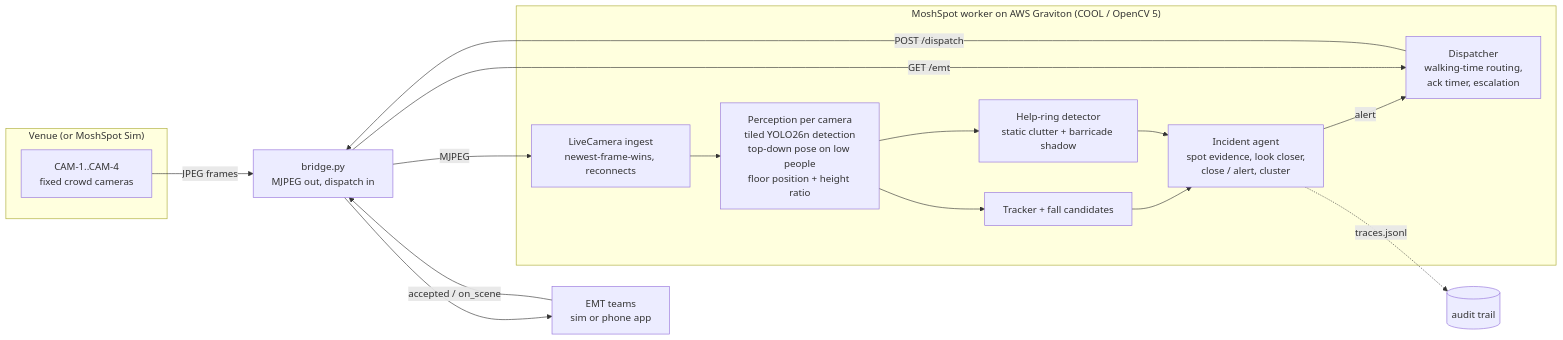
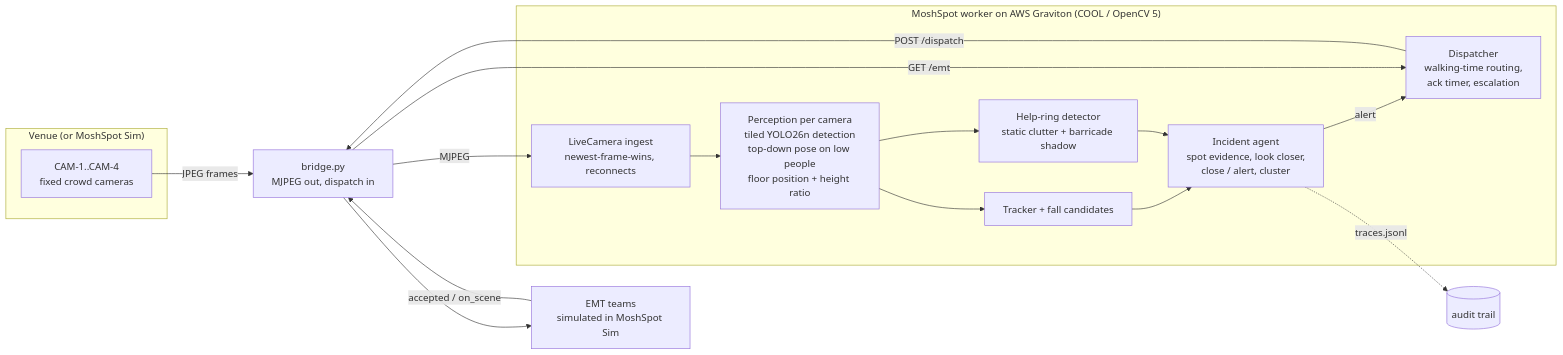
One commit to Gofer-AI/gofer-moshspot changed the first of 2 diagrams in docs/REPORT.md. Above: the diagram before and after it, drawn with Mermaid. The commit also changed other lines of this file and 6 other files, not shown here.

````diff
--- a/docs/REPORT.md
+++ b/docs/REPORT.md
@@ -38,21 +38,21 @@
 ```mermaid
 flowchart LR
   subgraph Venue["Venue (or MoshSpot Sim)"]
     C1[CAM-1..CAM-4<br/>fixed crowd cameras]
   end
   subgraph Worker["MoshSpot worker on AWS Graviton (COOL / OpenCV 5)"]
     I[LiveCamera ingest<br/>newest-frame-wins, reconnects]
     P[Perception per camera<br/>tiled YOLO26n detection<br/>top-down pose on low people<br/>floor position + height ratio]
     T[Tracker + fall candidates]
     R[Help-ring detector<br/>static clutter + barricade shadow]
     A[Incident agent<br/>spot evidence, look closer,<br/>close / alert, cluster]
     D[Dispatcher<br/>walking-time routing,<br/>ack timer, escalation]
   end
   B[bridge.py<br/>MJPEG out, dispatch in]
-  E[EMT teams<br/>sim or phone app]
+  E[EMT teams<br/>simulated in MoshSpot Sim]
   C1 -->|JPEG frames| B -->|MJPEG| I --> P --> T --> A
   P --> R --> A
   A -->|alert| D -->|POST /dispatch| B --> E
   E -->|accepted / on_scene| B -->|GET /emt| D
   A -.->|traces.jsonl| L[(audit trail)]
 ```
````
